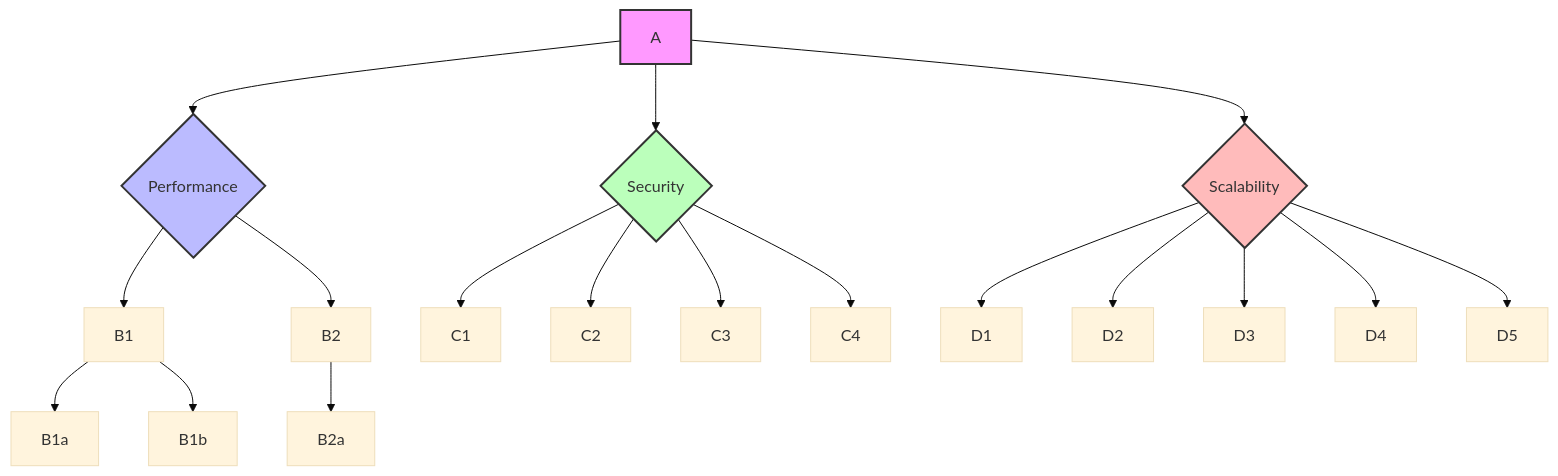
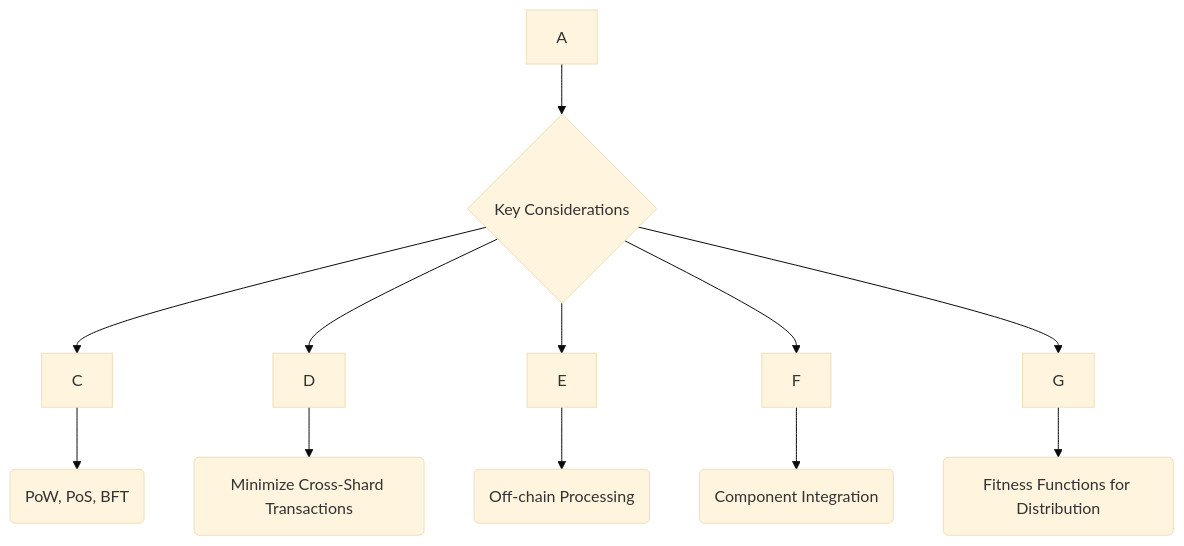
One commit to ljg-cqu/knowledge changed the first of 8 diagrams in Workplace/Interview/Blockchain/Posts/BlockchainExpert/Q&A_(Liner).md. Above: the diagram before and after it, drawn with Mermaid (base theme). The commit also changed other lines of this file and 4 other files, not shown here.

````diff
--- a/Workplace/Interview/Blockchain/Posts/BlockchainExpert/Q&A_(Liner).md
+++ b/Workplace/Interview/Blockchain/Posts/BlockchainExpert/Q&A_(Liner).md
@@ -164,28 +57,14 @@
 ```mermaid
 graph TD
-    A --> B{Performance}
-    A --> C{Security}
-    A --> D{Scalability}
-
-    B --> B1
-    B --> B2
-    B1 --> B1a
-    B1 --> B1b
-    B2 --> B2a
-
-    C --> C1
-    C --> C2
-    C --> C3
-    C --> C4
-
-    D --> D1
-    D --> D2
-    D --> D3
-    D --> D4
-    D --> D5
-
-    style A fill:#f9f,stroke:#333,stroke-width:2px
-    style B fill:#bbf,stroke:#333,stroke-width:2px
-    style C fill:#bfb,stroke:#333,stroke-width:2px
-    style D fill:#fbb,stroke:#333,stroke-width:2px
+    A --> B{Key Considerations}
+    B --> C
+    B --> D
+    B --> E
+    B --> F
+    B --> G
+    C --> C1(PoW, PoS, BFT)
+    D --> D1(Minimize Cross-Shard Transactions)
+    E --> E1(Off-chain Processing)
+    F --> F1(Component Integration)
+    G --> G1(Fitness Functions for Distribution)
 ```
````
